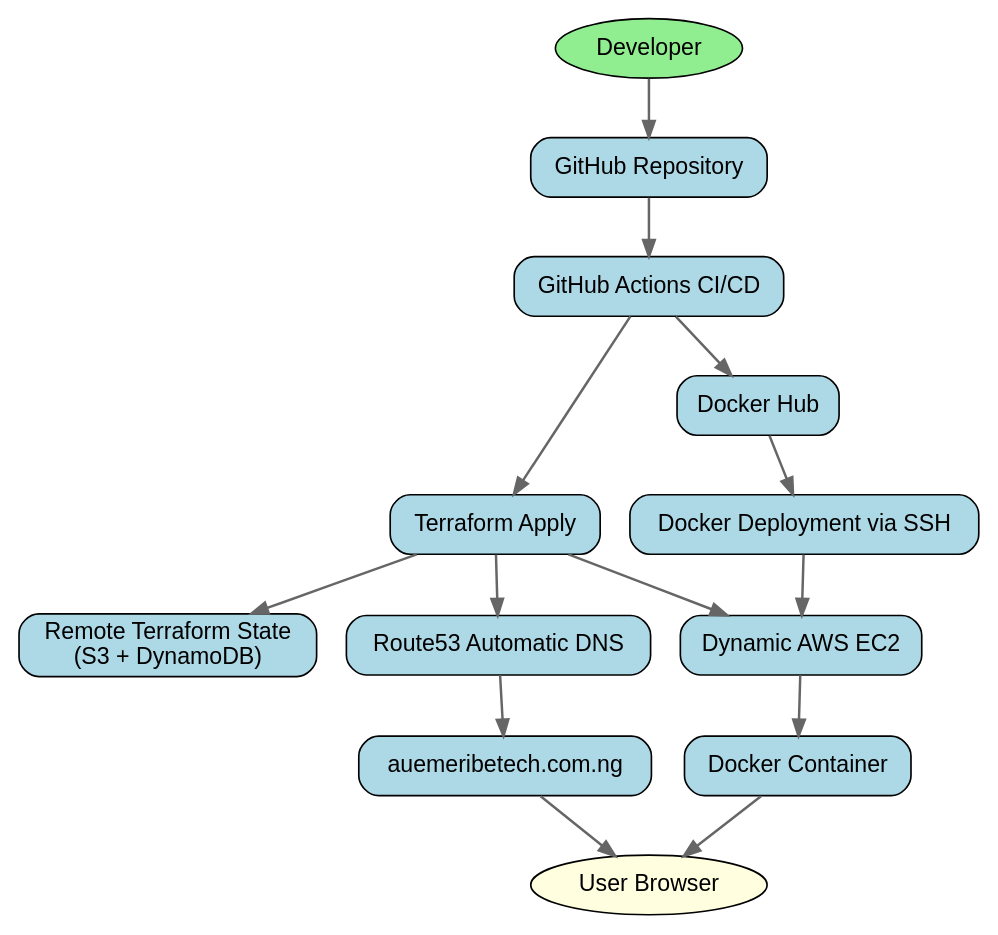
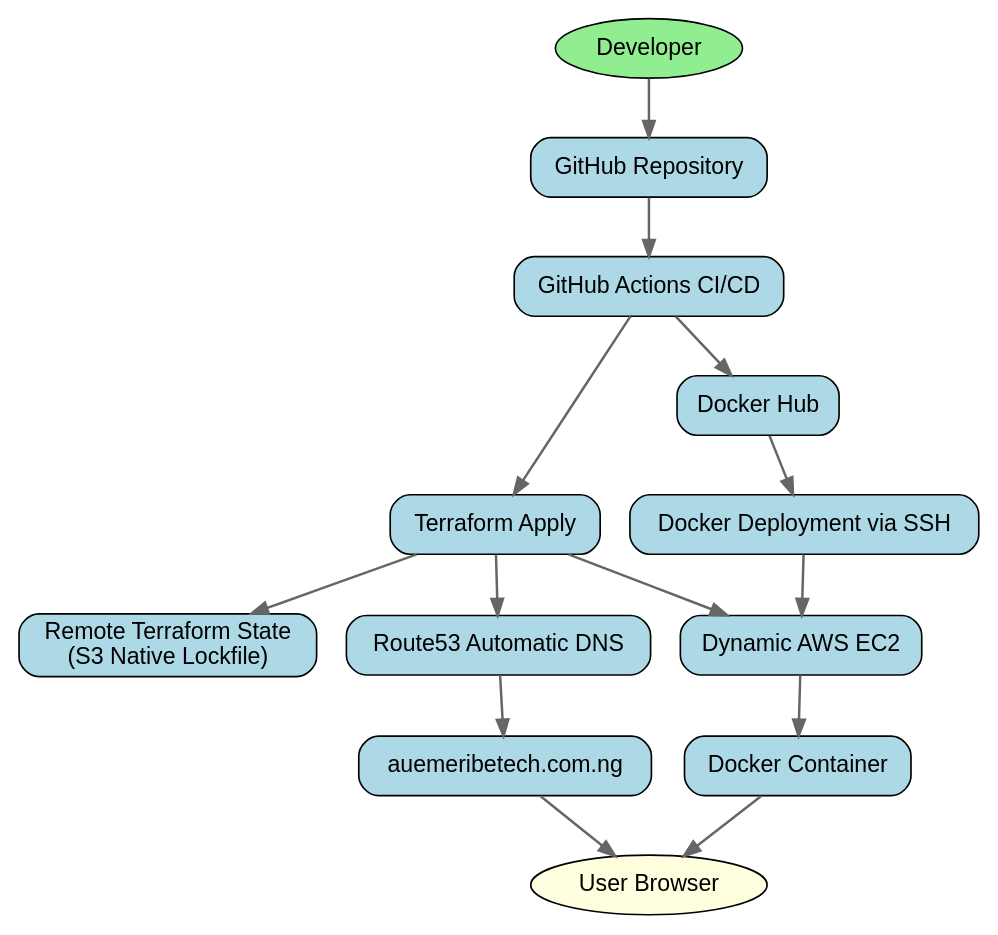
Before and after one commit to uchennaemeribe/containerized-app-terraform-cicd: the diagram in README.md, drawn with Graphviz. The commit also changed other lines of this file and 26 other files, not shown here.

````diff
--- a/README.md
+++ b/README.md
@@ -1694,71 +1897,71 @@
 ```dot
 digraph G {
 
   rankdir=TB;
 
   bgcolor="white";
 
   node [
     shape=box,
     style="rounded,filled",
     fillcolor=lightblue,
     color=black,
     fontname="Helvetica"
   ];
 
   edge [
     color=gray40,
     penwidth=1.5
   ];
 
   Developer [shape=oval, fillcolor=lightgreen];
 
   GitHub [label="GitHub Repository"];
 
   GitHubActions [label="GitHub Actions CI/CD"];
 
   Terraform [label="Terraform Apply"];
 
-  RemoteState [label="Remote Terraform State\n(S3 + DynamoDB)"];
+  RemoteState [label="Remote Terraform State\n(S3 Native Lockfile)"];
 
   EC2 [label="Dynamic AWS EC2"];
 
   Route53 [label="Route53 Automatic DNS"];
 
   DockerHub [label="Docker Hub"];
 
   DockerDeploy [label="Docker Deployment via SSH"];
 
   Container [label="Docker Container"];
 
   Domain [label="auemeribetech.com.ng"];
 
   Browser [label="User Browser", shape=oval, fillcolor=lightyellow];
 
   Developer -> GitHub;
 
   GitHub -> GitHubActions;
 
   GitHubActions -> Terraform;
 
   Terraform -> RemoteState;
 
   Terraform -> EC2;
 
   GitHubActions -> DockerHub;
 
   DockerHub -> DockerDeploy;
 
   DockerDeploy -> EC2;
 
   EC2 -> Container;
 
   Terraform -> Route53;
 
   Route53 -> Domain;
 
   Domain -> Browser;
 
   Container -> Browser;
 }
 ```
````
